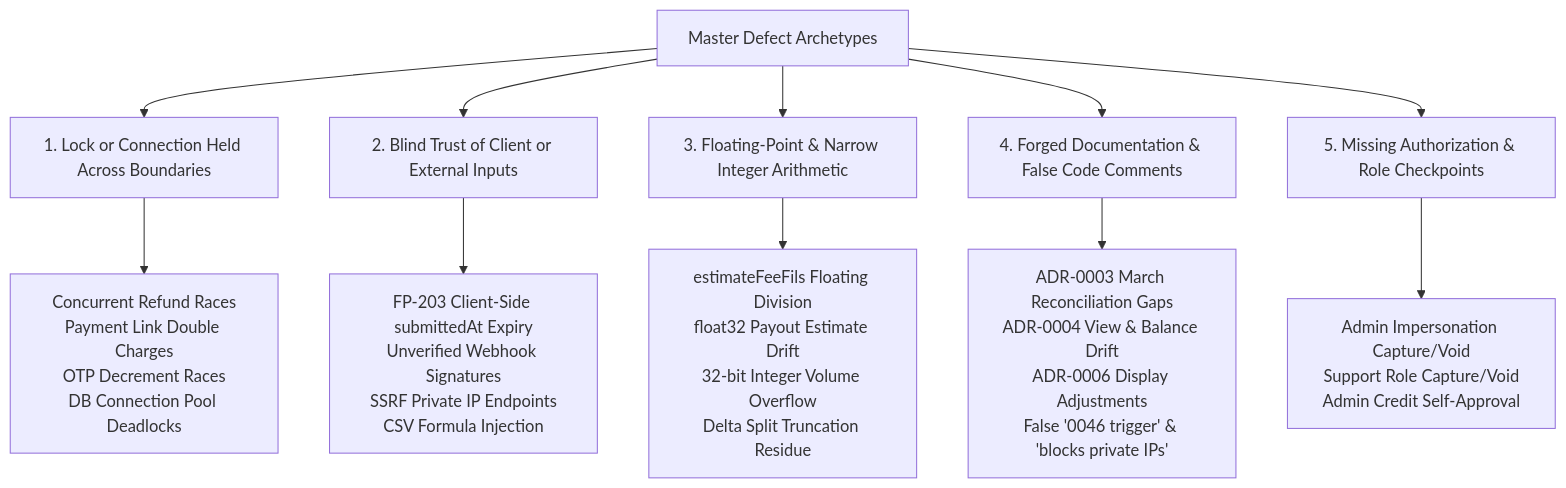
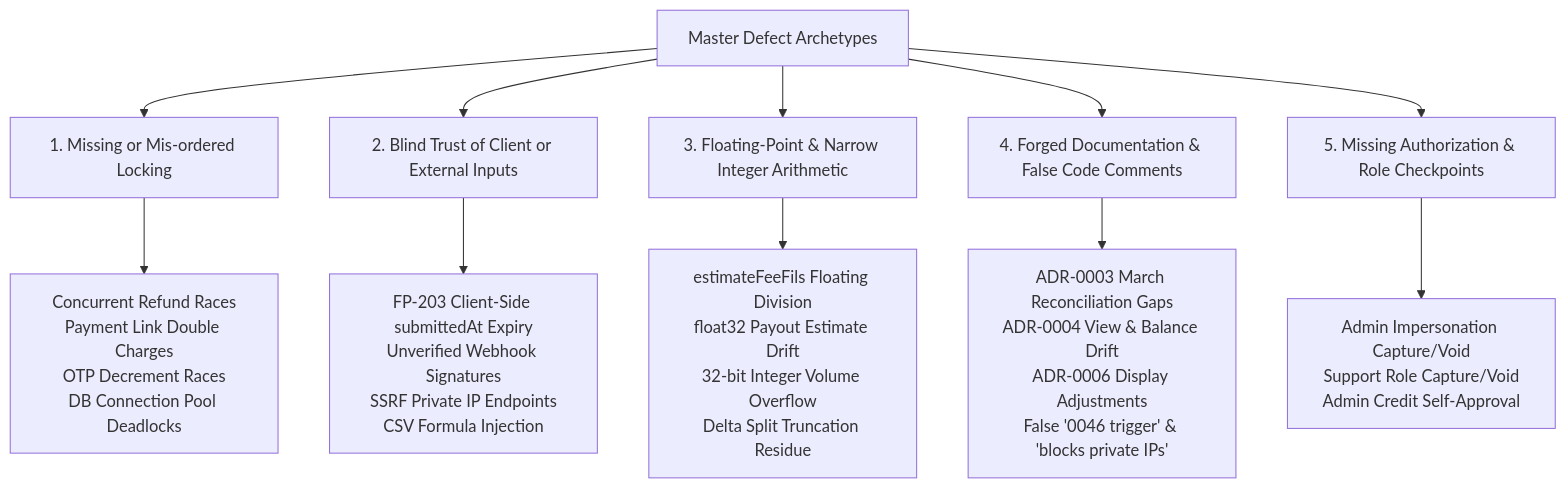
Before and after one commit to 7assanyahya/fils-pay: the first of 4 diagrams in EXPLANATIONS.md, drawn with Mermaid. The commit also changed other lines of this file and 1 other file, not shown here.

````diff
--- a/EXPLANATIONS.md
+++ b/EXPLANATIONS.md
@@ -554,14 +554,14 @@
 ```mermaid
 flowchart TD
-    RootCauses["Master Defect Archetypes"] --> RC1["1. Lock or Connection Held Across Boundaries"]
+    RootCauses["Master Defect Archetypes"] --> RC1["1. Missing or Mis-ordered Locking"]
     RootCauses --> RC2["2. Blind Trust of Client or External Inputs"]
     RootCauses --> RC3["3. Floating-Point & Narrow Integer Arithmetic"]
     RootCauses --> RC4["4. Forged Documentation & False Code Comments"]
     RootCauses --> RC5["5. Missing Authorization & Role Checkpoints"]
 
     RC1 --> E1["Concurrent Refund Races<br/>Payment Link Double Charges<br/>OTP Decrement Races<br/>DB Connection Pool Deadlocks"]
     RC2 --> E2["FP-203 Client-Side submittedAt Expiry<br/>Unverified Webhook Signatures<br/>SSRF Private IP Endpoints<br/>CSV Formula Injection"]
     RC3 --> E3["estimateFeeFils Floating Division<br/>float32 Payout Estimate Drift<br/>32-bit Integer Volume Overflow<br/>Delta Split Truncation Residue"]
     RC4 --> E4["ADR-0003 March Reconciliation Gaps<br/>ADR-0004 View & Balance Drift<br/>ADR-0006 Display Adjustments<br/>False '0046 trigger' & 'blocks private IPs'"]
     RC5 --> E5["Admin Impersonation Capture/Void<br/>Support Role Capture/Void<br/>Admin Credit Self-Approval"]
 ```
````
